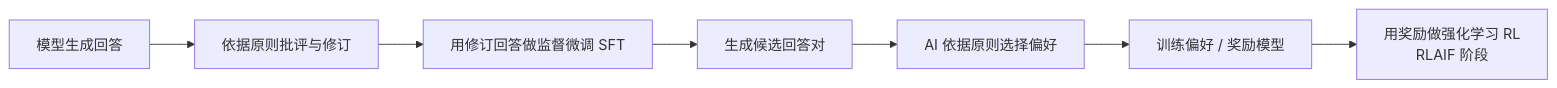
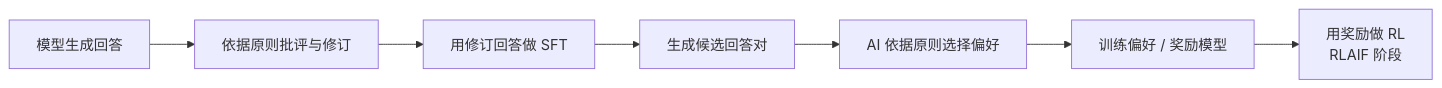
One commit to AI-learning-simple/Build-Your-Own-LLM changed the second of 2 diagrams in 2. Alignment 与训练工程/7. 安全对齐（Safety Alignment）——风险边界与多层防护.md. Above: the diagram before and after it, drawn with Mermaid. The commit also changed other lines of this file and 65 other files, not shown here.

````diff
--- a/2. Alignment 与训练工程/7. 安全对齐（Safety Alignment）——风险边界与多层防护.md
+++ b/2. Alignment 与训练工程/7. 安全对齐（Safety Alignment）——风险边界与多层防护.md
@@ -73,6 +109,6 @@
 ```mermaid
 flowchart LR
-    A[模型生成回答] --> B[依据原则批评与修订] --> C[用修订回答做监督微调 SFT]
+    A[模型生成回答] --> B[依据原则批评与修订] --> C[用修订回答做 SFT]
     C --> D[生成候选回答对] --> E[AI 依据原则选择偏好]
-    E --> F[训练偏好 / 奖励模型] --> G[用奖励做强化学习 RL<br/>RLAIF 阶段]
+    E --> F[训练偏好 / 奖励模型] --> G[用奖励做 RL<br/>RLAIF 阶段]
 ```
````
